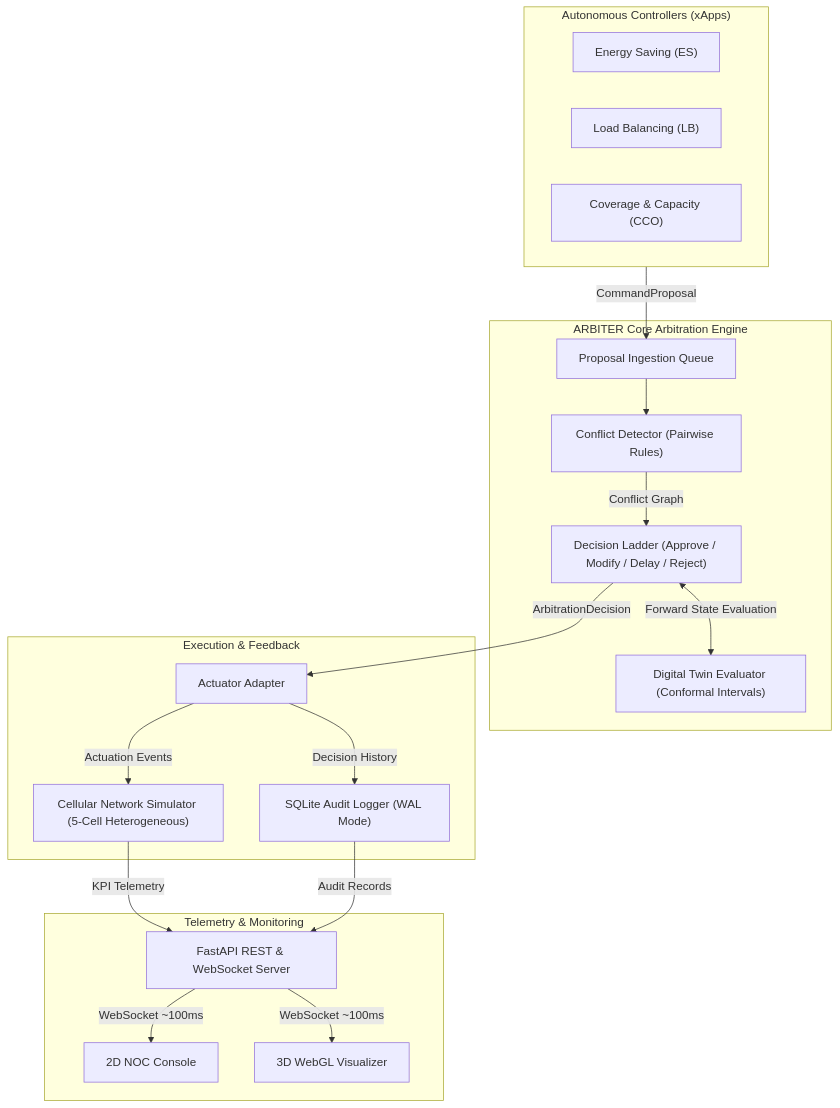
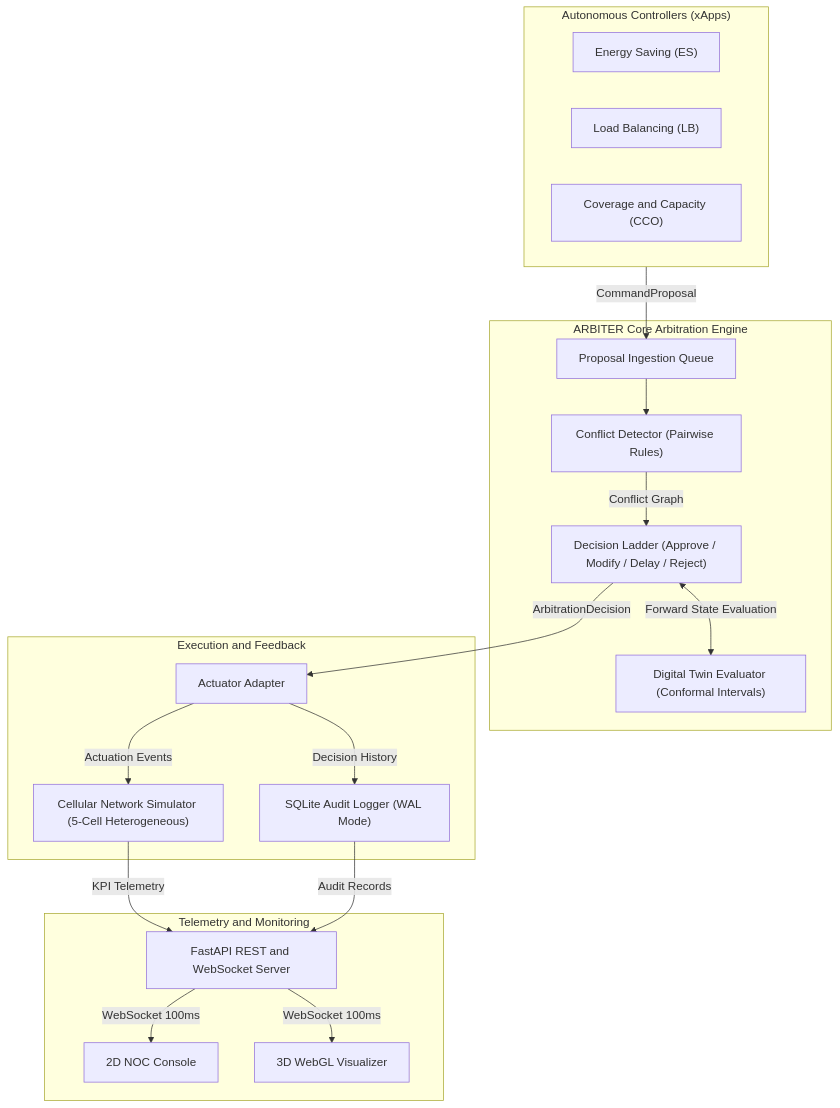
One commit to gsvenkatsai/Bits2Wave-Arbiter changed the second of 2 diagrams in README.md. Above: the diagram before and after it, drawn with Mermaid. The commit also changed other lines of this file, not shown here.

Commit message:
Fix Mermaid sequence diagram and sanitize Mermaid syntax

````diff
--- a/README.md
+++ b/README.md
@@ -203,39 +203,39 @@
 ```mermaid
 flowchart TD
     subgraph Controllers["Autonomous Controllers (xApps)"]
         ES["Energy Saving (ES)"]
         LB["Load Balancing (LB)"]
-        CCO["Coverage & Capacity (CCO)"]
+        CCO["Coverage and Capacity (CCO)"]
     end
 
     subgraph CoreEngine["ARBITER Core Arbitration Engine"]
         Queue["Proposal Ingestion Queue"]
         Detector["Conflict Detector (Pairwise Rules)"]
         Twin["Digital Twin Evaluator (Conformal Intervals)"]
         Ladder["Decision Ladder (Approve / Modify / Delay / Reject)"]
     end
 
-    subgraph Actuation["Execution & Feedback"]
+    subgraph Actuation["Execution and Feedback"]
         Actuator["Actuator Adapter"]
         Sim["Cellular Network Simulator (5-Cell Heterogeneous)"]
         Audit["SQLite Audit Logger (WAL Mode)"]
     end
 
-    subgraph TelemetrySink["Telemetry & Monitoring"]
-        FastAPI["FastAPI REST & WebSocket Server"]
+    subgraph TelemetrySink["Telemetry and Monitoring"]
+        FastAPI["FastAPI REST and WebSocket Server"]
         NOC["2D NOC Console"]
         Twin3D["3D WebGL Visualizer"]
     end
 
     Controllers -->|CommandProposal| Queue
     Queue --> Detector
     Detector -->|Conflict Graph| Ladder
     Ladder <-->|Forward State Evaluation| Twin
     Ladder -->|ArbitrationDecision| Actuator
     Actuator -->|Actuation Events| Sim
     Actuator -->|Decision History| Audit
     Sim -->|KPI Telemetry| FastAPI
     Audit -->|Audit Records| FastAPI
-    FastAPI -->|WebSocket ~100ms| NOC
-    FastAPI -->|WebSocket ~100ms| Twin3D
+    FastAPI -->|WebSocket 100ms| NOC
+    FastAPI -->|WebSocket 100ms| Twin3D
 ```
````
